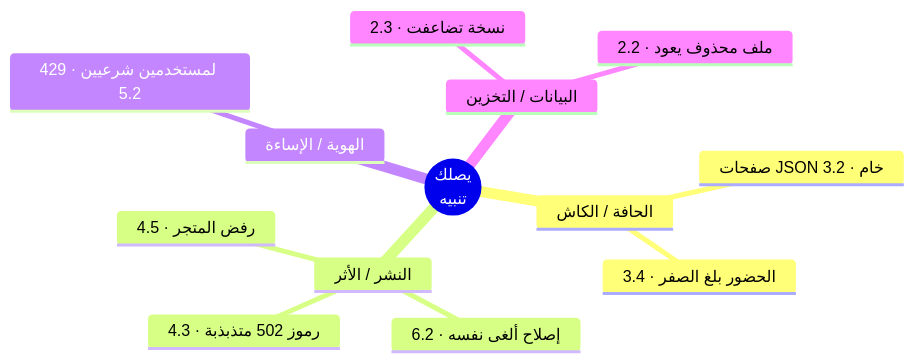
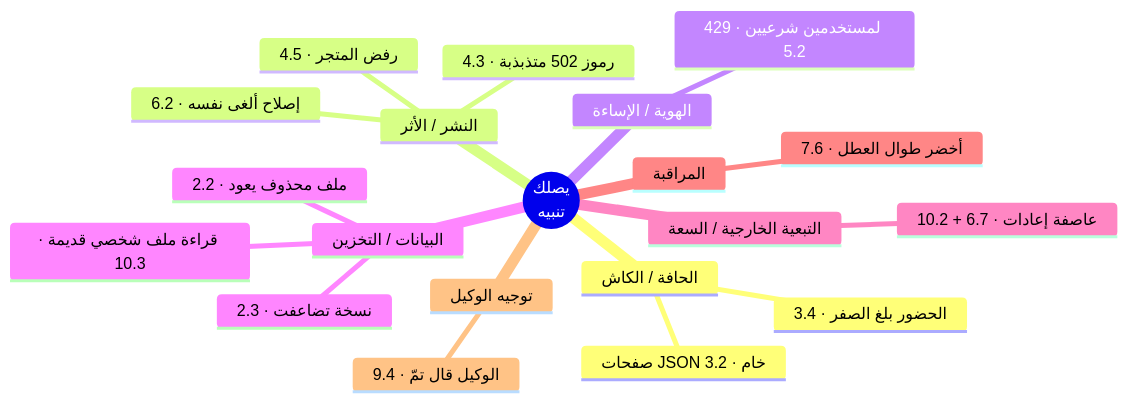
The second of 2 diagrams in modules/12-capstone/module.ar.md (Tamoura/system-design-for-vibe-coders), drawn with Mermaid before and after one commit. The commit also changed other lines of this file and 3 other files, not shown here.

````diff
--- a/modules/12-capstone/module.ar.md
+++ b/modules/12-capstone/module.ar.md
@@ -322,16 +466,23 @@
 ```mermaid
 mindmap
   root(("يصلك<br/>تنبيه"))
     الحافة / الكاش
       صفحات JSON خام · 3.2
       الحضور بلغ الصفر · 3.4
     النشر / الأثر
       رموز 502 متذبذبة · 4.3
       إصلاح ألغى نفسه · 6.2
       رفض المتجر · 4.5
     الهوية / الإساءة
       429 لمستخدمين شرعيين · 5.2
     البيانات / التخزين
       نسخة تضاعفت · 2.3
       ملف محذوف يعود · 2.2
+      قراءة ملف شخصي قديمة · 10.3
+    التبعية الخارجية / السعة
+      عاصفة إعادات · 6.7 + 10.2
+    المراقبة
+      أخضر طوال العطل · 7.6
+    توجيه الوكيل
+      الوكيل قال تمّ · 9.4
 ```
````
